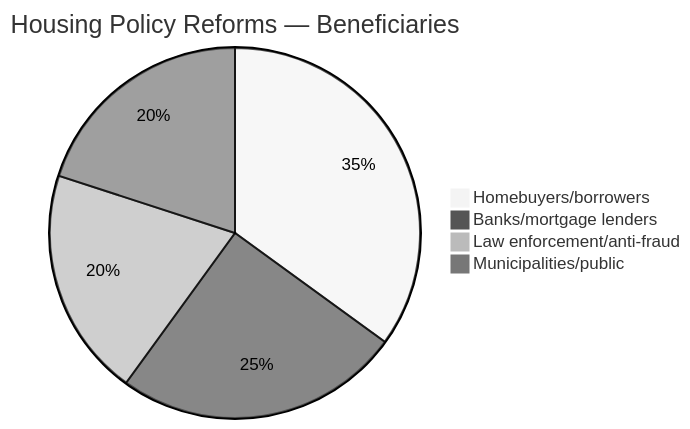
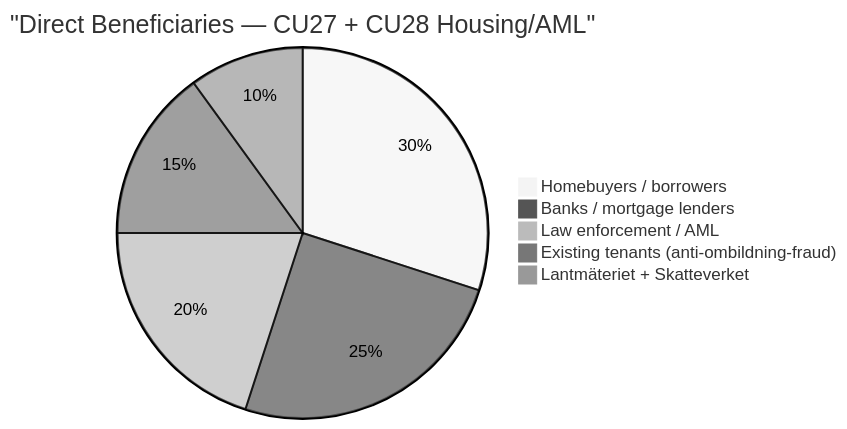
Before and after one commit to Hack23/riksdagsmonitor: the second of 2 diagrams in analysis/daily/2026-04-17/realtime-1434/documents/HD01CU27-CU28-analysis.md, drawn with Mermaid (neutral theme). The commit also changed other lines of this file and 9 other files, not shown here.

````diff
--- a/analysis/daily/2026-04-17/realtime-1434/documents/HD01CU27-CU28-analysis.md
+++ b/analysis/daily/2026-04-17/realtime-1434/documents/HD01CU27-CU28-analysis.md
@@ -35,7 +158,8 @@
 ```mermaid
-pie title Housing Policy Reforms — Beneficiaries
-    "Homebuyers/borrowers" : 35
-    "Banks/mortgage lenders" : 25
-    "Law enforcement/anti-fraud" : 20
-    "Municipalities/public" : 20
+pie title "Direct Beneficiaries — CU27 + CU28 Housing/AML"
+    "Homebuyers / borrowers" : 30
+    "Banks / mortgage lenders" : 25
+    "Law enforcement / AML" : 20
+    "Existing tenants (anti-ombildning-fraud)" : 15
+    "Lantmäteriet + Skatteverket" : 10
 ```
````
